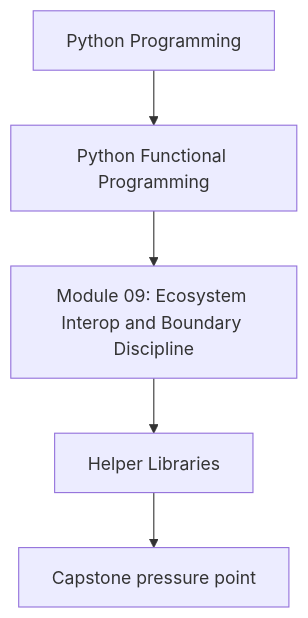
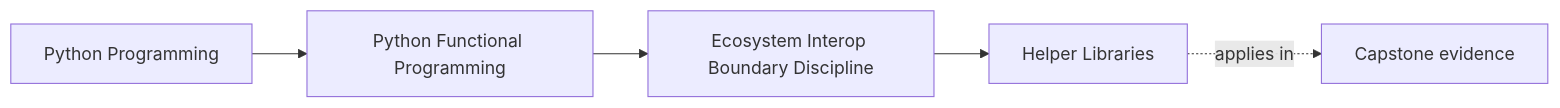
Before and after one commit to bijux/bijux-masterclass: the first of 2 diagrams in programs/python-programming/python-functional-programming/course-book/module-09-ecosystem-interop-boundary-discipline/helper-libraries.md, drawn with Mermaid. The commit also changed other lines of this file and 108 other files, not shown here.

Commit message:
docs(python-functional-programming): map capstone and advanced design surfaces

````diff
--- a/programs/python-programming/python-functional-programming/course-book/module-09-ecosystem-interop-boundary-discipline/helper-libraries.md
+++ b/programs/python-programming/python-functional-programming/course-book/module-09-ecosystem-interop-boundary-discipline/helper-libraries.md
@@ -6,7 +6,11 @@
 ```mermaid
-flowchart TD
-  family["Python Programming"] --> program["Python Functional Programming"]
-  program --> module["Module 09: Ecosystem Interop and Boundary Discipline"]
-  module --> concept["Helper Libraries"]
-  concept --> capstone["Capstone pressure point"]
+graph LR
+  family["Python Programming"]
+  program["Python Functional Programming"]
+  section["Ecosystem Interop Boundary Discipline"]
+  page["Helper Libraries"]
+  capstone["Capstone evidence"]
+
+  family --> program --> section --> page
+  page -.applies in.-> capstone
 ```
````
